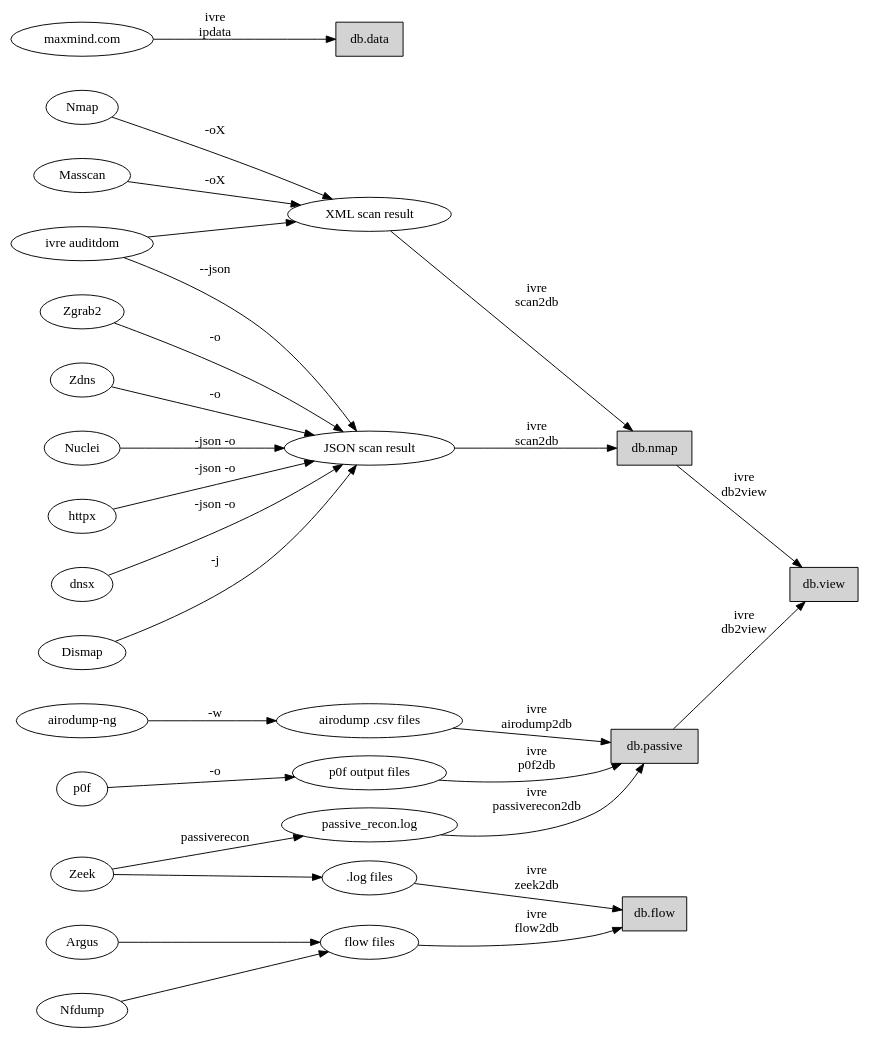
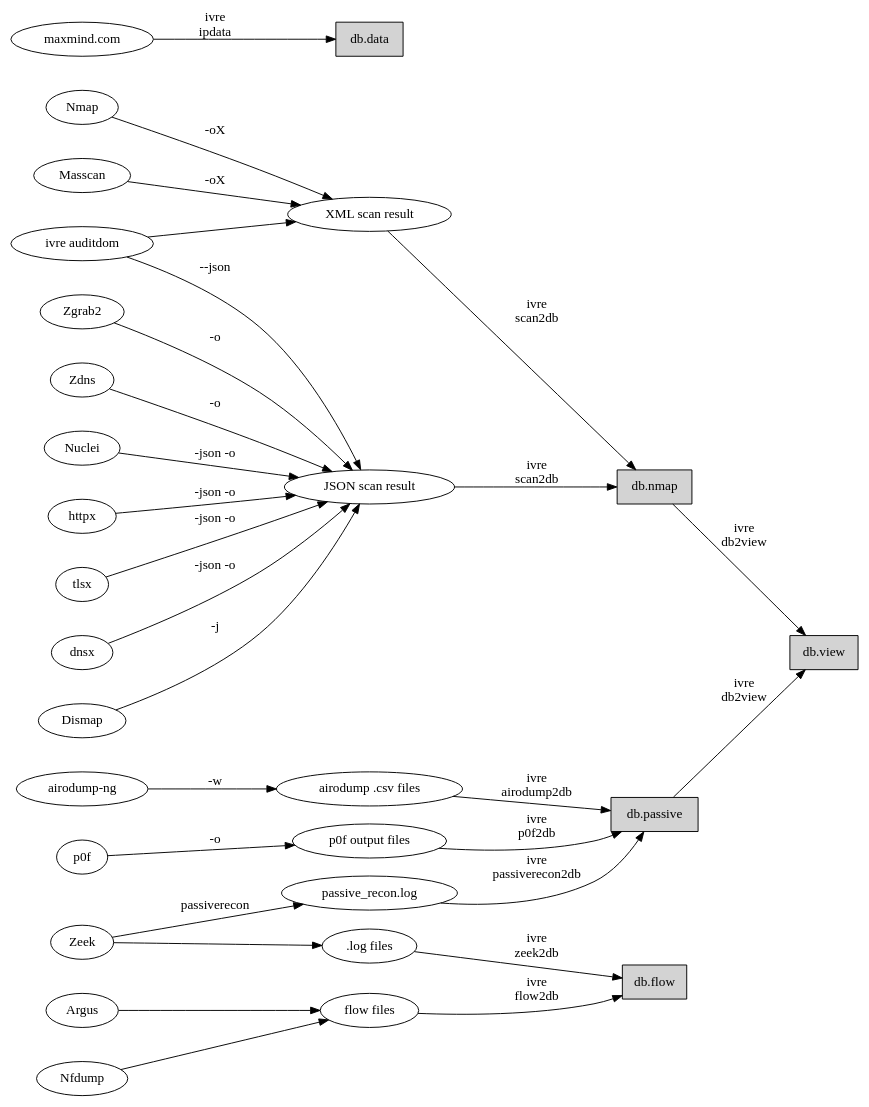
Before and after one commit to ivre/ivre: the first of 3 diagrams in doc/overview/principles.rst, drawn with Graphviz. The commit also changed other lines of this file and 15 other files, not shown here.

```diff
--- a/doc/overview/principles.rst
+++ b/doc/overview/principles.rst
@@ -84,71 +85,73 @@
 .. graphviz::
 
    digraph {
       graph [rankdir=LR];
 
       "maxmind.com";
       "Nmap";
       "Masscan";
       "ivre auditdom";
       "Zgrab2";
       "Zdns";
       "Nuclei";
       "httpx";
+      "tlsx";
       "dnsx";
       "Dismap";
       "airodump-ng";
       "p0f";
       "Zeek";
       "Zeek";
       "Argus";
       "Nfdump";
 
       XML [label="XML scan result"];
       JSON [label="JSON scan result"];
       CSV_LOG [label="airodump .csv files"];
       P0F_LOG [label="p0f output files"];
       PASS_LOG [label="passive_recon.log"];
       FLOW_LOG [label=".log files"];
       FLOWS [label="flow files"];
 
       db_data [label="db.data" shape="box" style="filled"];
       db_nmap [label="db.nmap" shape="box" style="filled"];
       db_passive [label="db.passive" shape="box" style="filled"];
       db_flow [label="db.flow" shape="box" style="filled"];
       db_view [label="db.view" shape="box" style="filled"];
 
       "maxmind.com" -> db_data [label="ivre\nipdata"];
       "Nmap" -> XML [label="-oX"];
       "Masscan" -> XML [label="-oX"];
       "ivre auditdom" -> XML;
       "ivre auditdom" -> JSON [label="--json"];
       "Zgrab2" -> JSON [label="-o"];
       "Zdns" -> JSON [label="-o"];
       "Nuclei" -> JSON [label="-json -o"];
       "httpx" -> JSON [label="-json -o"];
+      "tlsx" -> JSON [label="-json -o"];
       "dnsx" -> JSON [label="-json -o"];
       "Dismap" -> JSON [label="-j"];
       "airodump-ng" -> CSV_LOG [label="-w"];
       "p0f" -> P0F_LOG [label="-o"];
       "Zeek" -> PASS_LOG [label="passiverecon"];
       "Zeek" -> FLOW_LOG;
       "Argus" -> FLOWS;
       "Nfdump" -> FLOWS;
 
       XML -> db_nmap [label="ivre\nscan2db"];
       JSON -> db_nmap [label="ivre\nscan2db"];
       CSV_LOG -> db_passive [label="ivre\nairodump2db"];
       P0F_LOG -> db_passive [label="ivre\np0f2db"];
       PASS_LOG -> db_passive [label="ivre\npassiverecon2db"];
       FLOW_LOG -> db_flow [label="ivre\nzeek2db"];
       FLOWS -> db_flow [label="ivre\nflow2db"];
       db_passive -> db_view [label="ivre\ndb2view"];
       db_nmap -> db_view [label="ivre\ndb2view"];
 
       {
         rank = same;
         edge[style=invis];
-        "maxmind.com" -> "Nmap" -> "Masscan" -> "ivre auditdom" -> "Zgrab2" -> "Zdns" -> "Nuclei" -> "httpx" -> "dnsx" -> "Dismap" -> "airodump-ng" -> "p0f" -> "Zeek" -> "Zeek" -> "Argus" -> "Nfdump";
+        "maxmind.com" -> "Nmap" -> "Masscan" -> "ivre auditdom" -> "Zgrab2" -> "Zdns" -> "Nuclei" -> "httpx" -> "tlsx" -> "dnsx" -> "Dismap" -> "airodump-ng" -> "p0f" -> "Zeek" -> "Zeek" -> "Argus" -> "Nfdump";
         rankdir = UD;
       }
    }
```
